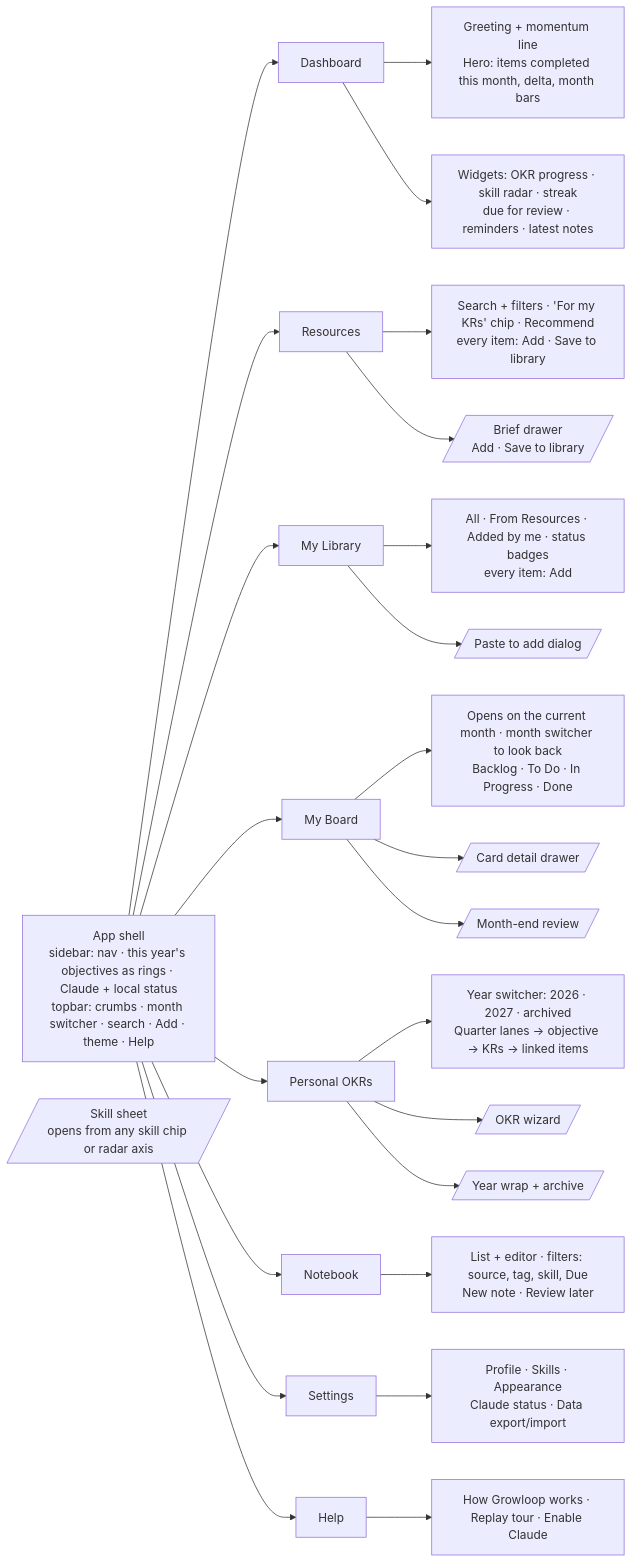
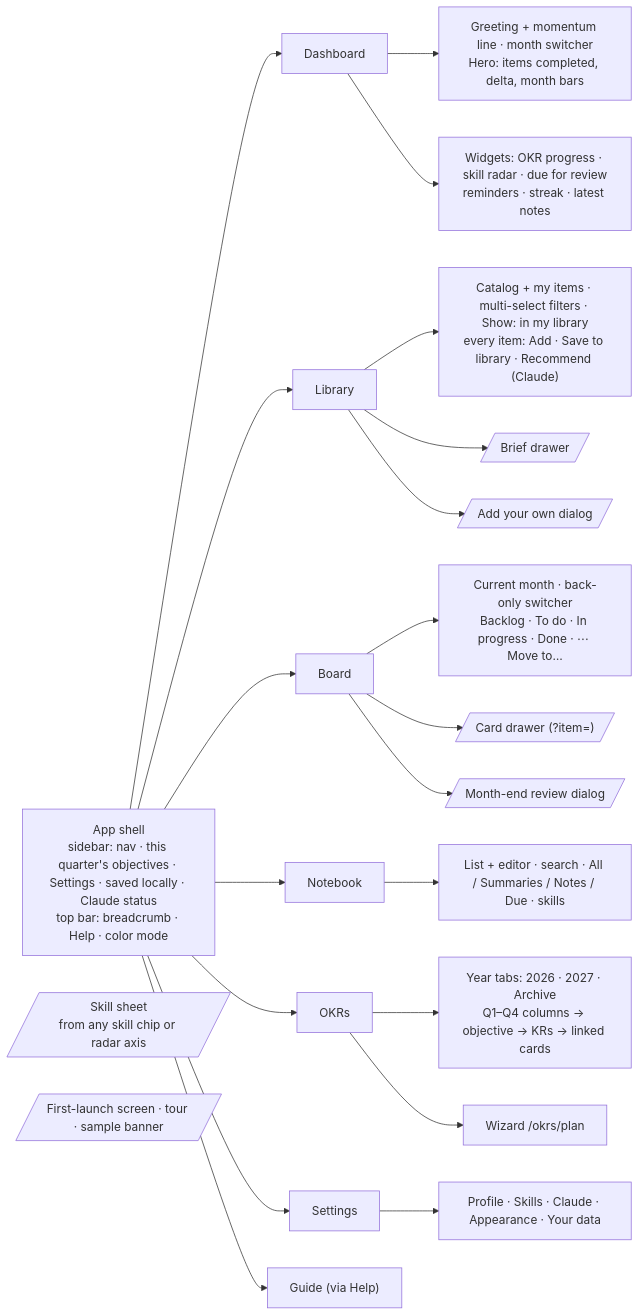
Before and after one commit to amojahedi/growloop: the second of 9 diagrams in docs/design/ux-flows.md, drawn with Mermaid. The commit also changed other lines of this file and 20 other files, not shown here.

````diff
--- a/docs/design/ux-flows.md
+++ b/docs/design/ux-flows.md
@@ -48,29 +48,26 @@
 ```mermaid
 flowchart LR
-  shell["App shell<br/>sidebar: nav · this year's objectives as rings · Claude + local status<br/>topbar: crumbs · month switcher · search · Add · theme · Help"]
+  shell["App shell<br/>sidebar: nav · this quarter's objectives · Settings · saved locally · Claude status<br/>top bar: breadcrumb · Help · color mode"]
   shell --> dash["Dashboard"]
-  shell --> res["Resources"]
-  shell --> lib["My Library"]
-  shell --> board["My Board"]
-  shell --> okr["Personal OKRs"]
+  shell --> lib["Library"]
+  shell --> board["Board"]
   shell --> nb["Notebook"]
+  shell --> okr["OKRs"]
   shell --> set["Settings"]
-  shell --> help["Help"]
+  shell --> guide["Guide (via Help)"]
 
-  dash --> dash1["Greeting + momentum line<br/>Hero: items completed this month, delta, month bars"]
-  dash --> dash2["Widgets: OKR progress · skill radar · streak<br/>due for review · reminders · latest notes"]
-  res --> res1["Search + filters · 'For my KRs' chip · Recommend<br/>every item: Add · Save to library"]
-  res --> brief[/"Brief drawer<br/>Add · Save to library"/]
-  lib --> lib1["All · From Resources · Added by me · status badges<br/>every item: Add"]
-  lib --> paste[/"Paste to add dialog"/]
-  board --> board1["Opens on the current month · month switcher to look back<br/>Backlog · To Do · In Progress · Done"]
-  board --> card[/"Card detail drawer"/]
-  board --> review[/"Month-end review"/]
-  okr --> okr1["Year switcher: 2026 · 2027 · archived<br/>Quarter lanes → objective → KRs → linked items"]
-  okr --> wiz[/"OKR wizard"/]
-  okr --> wrap[/"Year wrap + archive"/]
-  nb --> nb1["List + editor · filters: source, tag, skill, Due<br/>New note · Review later"]
-  set --> set1["Profile · Skills · Appearance<br/>Claude status · Data export/import"]
-  help --> help1["How Growloop works · Replay tour · Enable Claude"]
-  skill[/"Skill sheet<br/>opens from any skill chip or radar axis"/]
+  dash --> dash1["Greeting + momentum line · month switcher<br/>Hero: items completed, delta, month bars"]
+  dash --> dash2["Widgets: OKR progress · skill radar · due for review<br/>reminders · streak · latest notes"]
+  lib --> lib1["Catalog + my items · multi-select filters · Show: in my library<br/>every item: Add · Save to library · Recommend (Claude)"]
+  lib --> brief[/"Brief drawer"/]
+  lib --> own[/"Add your own dialog"/]
+  board --> board1["Current month · back-only switcher<br/>Backlog · To do · In progress · Done · ⋯ Move to…"]
+  board --> card[/"Card drawer (?item=)"/]
+  board --> review[/"Month-end review dialog"/]
+  okr --> okr1["Year tabs: 2026 · 2027 · Archive<br/>Q1–Q4 columns → objective → KRs → linked cards"]
+  okr --> wiz["Wizard /okrs/plan"]
+  nb --> nb1["List + editor · search · All / Summaries / Notes / Due · skills"]
+  set --> set1["Profile · Skills · Claude · Appearance · Your data"]
+  skill[/"Skill sheet<br/>from any skill chip or radar axis"/]
+  first[/"First-launch screen · tour · sample banner"/]
 ```
````
